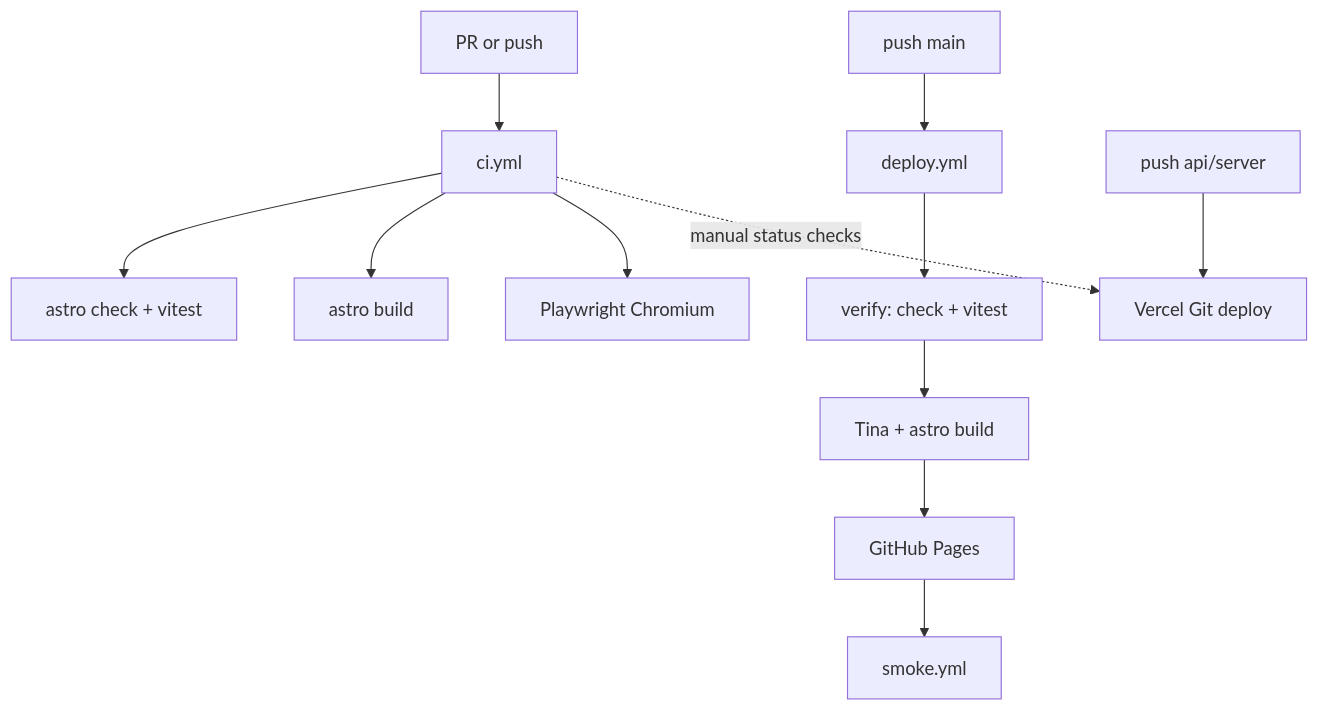
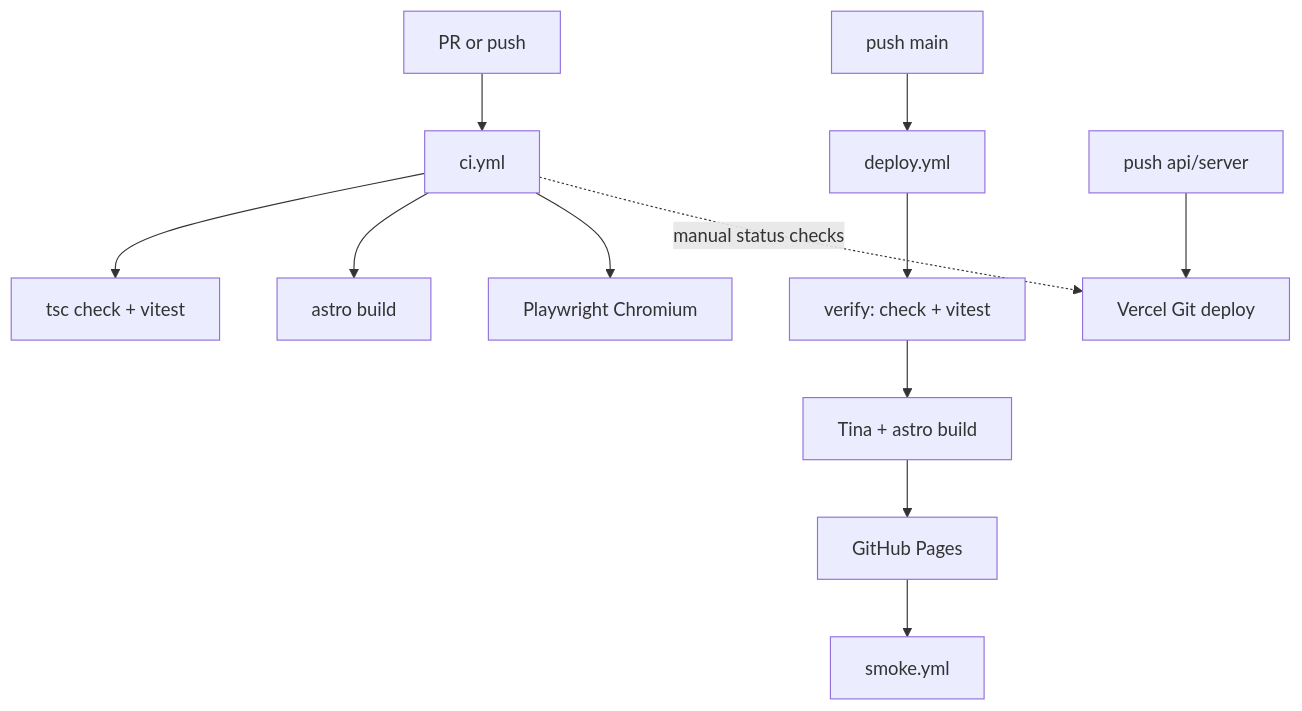
One commit to ultrastruttura/corpoceleste changed the diagram in docs/TESTING_AND_CI.md. Above: the diagram before and after it, drawn with Mermaid. The commit also changed other lines of this file and 14 other files, not shown here.

````diff
--- a/docs/TESTING_AND_CI.md
+++ b/docs/TESTING_AND_CI.md
@@ -22,14 +22,14 @@
 ```mermaid
 flowchart TD
   pr[PR or push] --> ci[ci.yml]
-  ci --> unit[astro check + vitest]
+  ci --> unit[tsc check + vitest]
   ci --> build[astro build]
   ci --> e2e[Playwright Chromium]
   main[push main] --> deploy[deploy.yml]
   deploy --> verify[verify: check + vitest]
   verify --> pagesBuild[Tina + astro build]
   pagesBuild --> pages[GitHub Pages]
   pages --> smoke[smoke.yml]
   apiPush[push api/server] --> vercel[Vercel Git deploy]
   ci -.->|manual status checks| vercel
 ```
````
